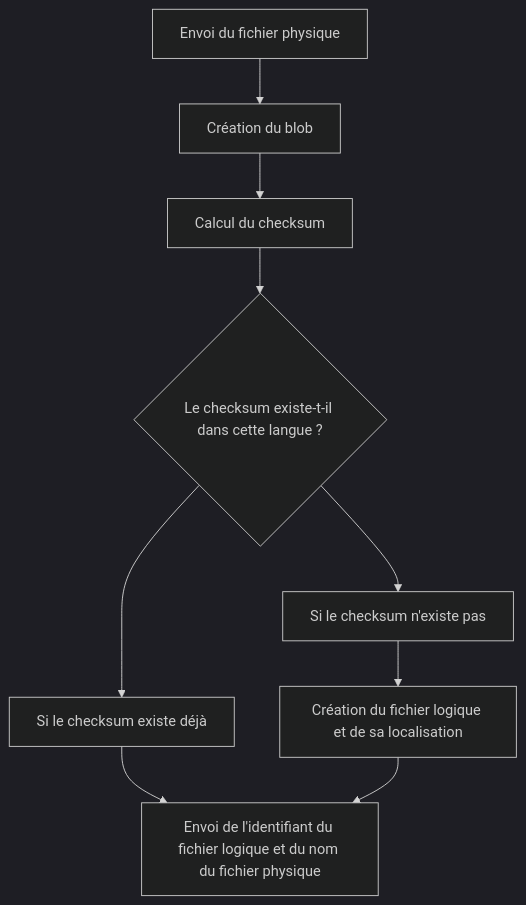
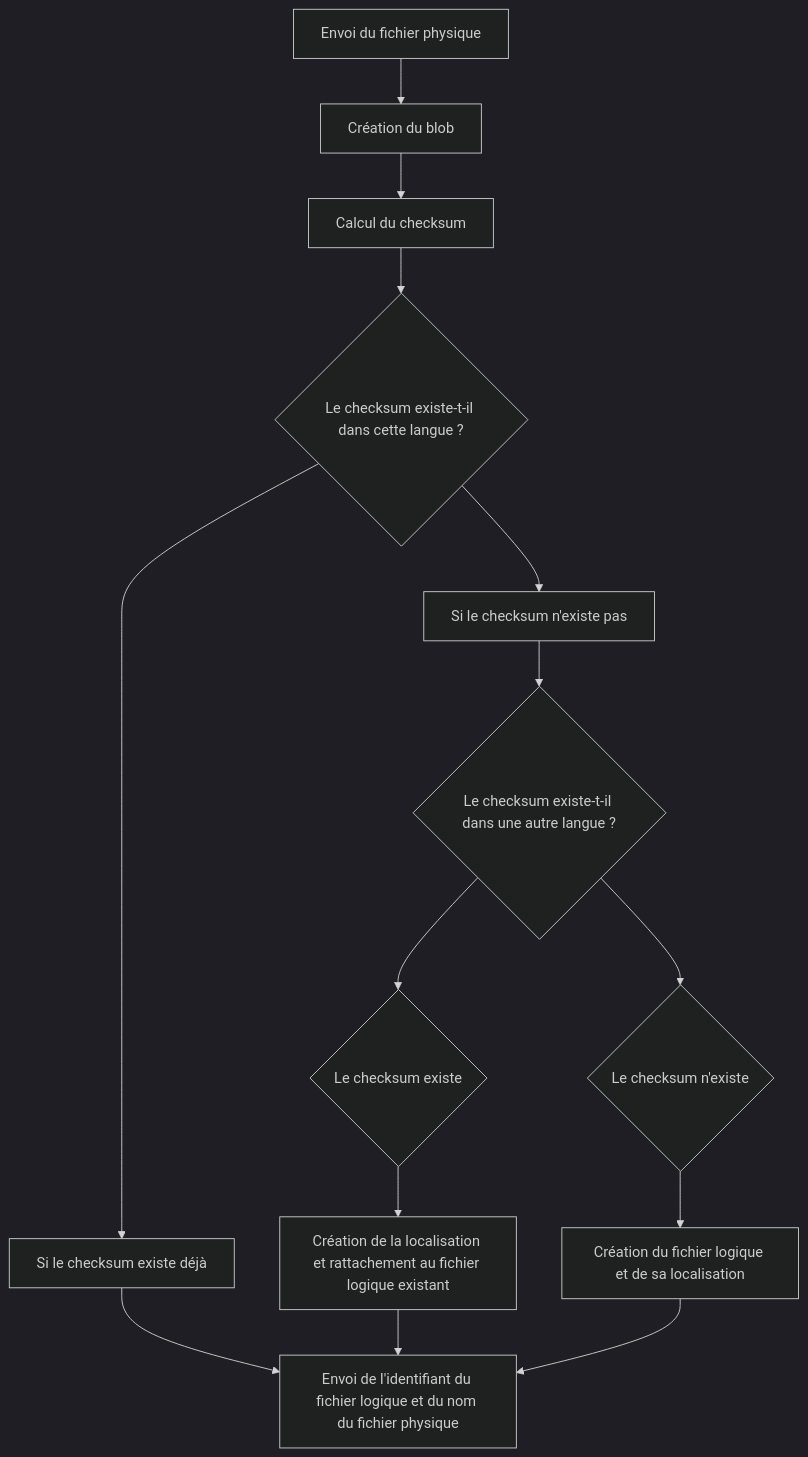
One commit to osunyorg/developers changed the first of 6 diagrams in content/docs/admin/composants/file-library.md. Above: the diagram before and after it, drawn with Mermaid (dark theme).

Commit message:
adjust schema

````diff
--- a/content/docs/admin/composants/file-library.md
+++ b/content/docs/admin/composants/file-library.md
@@ -47,15 +47,20 @@
 ```mermaid
 graph TD;
-  Envoi-->CreationBlob-->Checksum-->Fichier
-  Fichier-->FichierOui-->EnvoiInfos
-  Fichier-->FichierNon-->CreationFichier-->EnvoiInfos
-
+  Envoi-->CreationBlob-->ChecksumCalculation-->Checksum
+  Checksum-->ChecksumOui-->EnvoiInfos
+  Checksum-->ChecksumNon-->ChecksumOtherLanguage
+  ChecksumOtherLanguage-->ChecksumOtherLanguageOui-->CreationLoca-->EnvoiInfos
+  ChecksumOtherLanguage-->ChecksumOtherLanguageNon-->CreationFichier-->EnvoiInfos
   Envoi["Envoi du fichier physique"]
   CreationBlob["Création du blob"]
-  Checksum["Calcul du checksum"]
-  Fichier{"Le checksum existe-t-il dans cette langue ?"}
-  FichierOui["Si le checksum existe déjà"]
-  FichierNon["Si le checksum n'existe pas"]
+  ChecksumCalculation["Calcul du checksum"]
+  Checksum{"Le checksum existe-t-il dans cette langue ?"}
+  ChecksumOui["Si le checksum existe déjà"]
+  ChecksumNon["Si le checksum n'existe pas"]
+  ChecksumOtherLanguage{"Le checksum existe-t-il dans une autre langue ?"}
+  ChecksumOtherLanguageOui{"Le checksum existe"}
+  ChecksumOtherLanguageNon{"Le checksum n'existe"}
+  CreationLoca["Création de la localisation et rattachement au fichier logique existant"]
   CreationFichier["Création du fichier logique et de sa localisation"]
   EnvoiInfos["Envoi de l'identifiant du fichier logique et du nom du fichier physique"]
 ```
````
